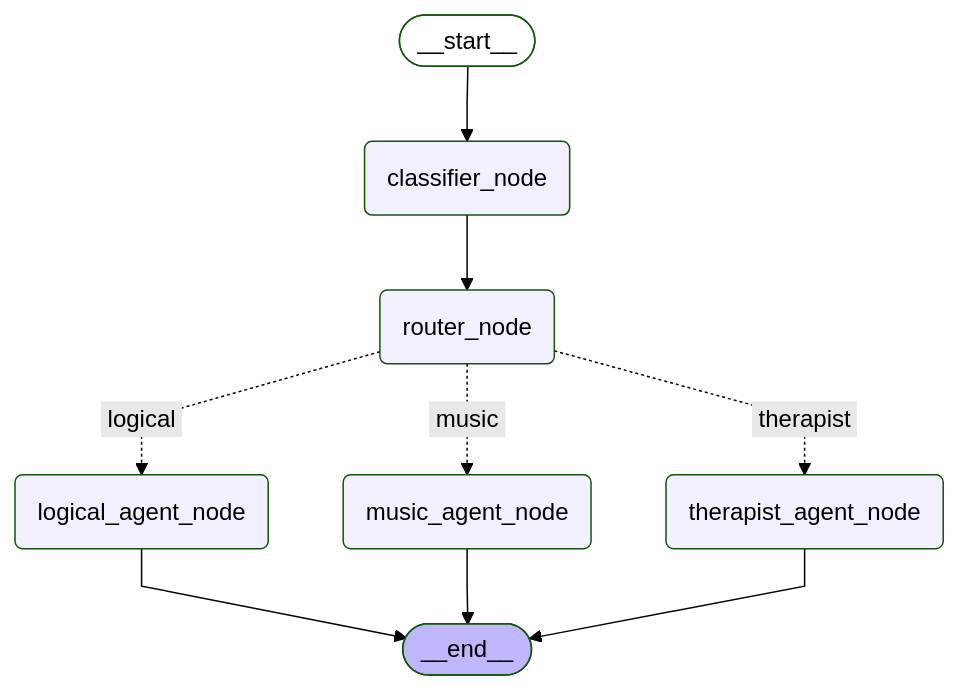
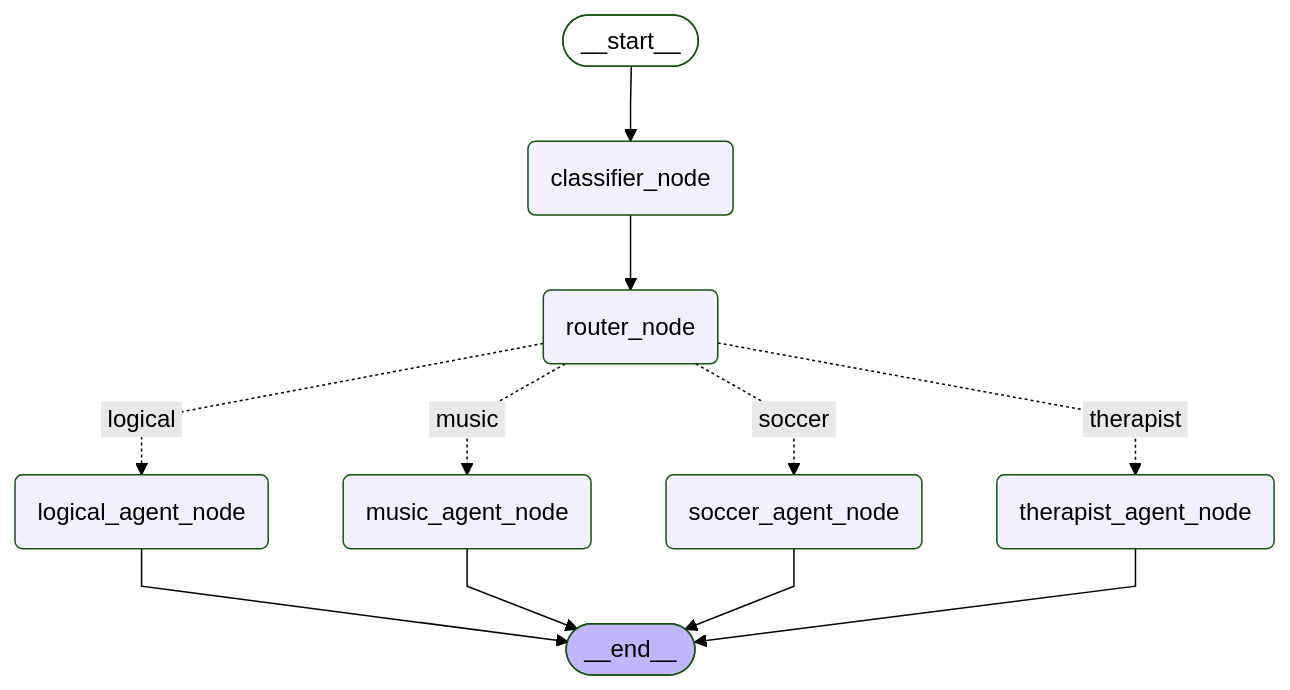
The diagram in src/util/README.md (jjzabkar/LangGraph-Tutorial), drawn with Mermaid (forest theme) before and after one commit. The commit also changed 12 other files, not shown here.

````diff
--- a/src/util/README.md
+++ b/src/util/README.md
@@ -3,27 +3,30 @@
 ```mermaid
 ---
 config:
   flowchart:
     curve: linear
 ---
 graph TD;
 	__start__([<p>__start__</p>]):::first
 	classifier_node(classifier_node)
 	router_node(router_node)
 	therapist_agent_node(therapist_agent_node)
 	logical_agent_node(logical_agent_node)
 	music_agent_node(music_agent_node)
+	soccer_agent_node(soccer_agent_node)
 	__end__([<p>__end__</p>]):::last
 	__start__ --> classifier_node;
 	classifier_node --> router_node;
 	router_node -. &nbsp;logical&nbsp; .-> logical_agent_node;
 	router_node -. &nbsp;music&nbsp; .-> music_agent_node;
+	router_node -. &nbsp;soccer&nbsp; .-> soccer_agent_node;
 	router_node -. &nbsp;therapist&nbsp; .-> therapist_agent_node;
 	logical_agent_node --> __end__;
 	music_agent_node --> __end__;
+	soccer_agent_node --> __end__;
 	therapist_agent_node --> __end__;
 	classDef default fill:#f2f0ff,line-height:1.2
 	classDef first fill-opacity:0
 	classDef last fill:#bfb6fc
 
 ```
````
